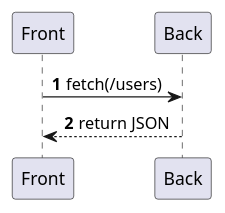
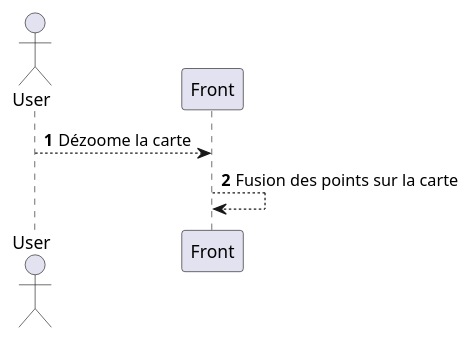
Before and after one commit to raphaelmeissonnier/Foundem_back_end: the diagram in cahier_des_specifications/diagramme_sequence.puml, drawn with PlantUML. The commit also changed 7 other files, not shown here.

```diff
--- a/cahier_des_specifications/diagramme_sequence.puml
+++ b/cahier_des_specifications/diagramme_sequence.puml
@@ -1,10 +1,11 @@
 @startuml
 'https://plantuml.com/sequence-diagram
 
 autonumber
 
-Front -> Back: fetch(/users)
-Back --> Front: return JSON
+actor User
+User --> Front : Dézoome la carte
+Front --> Front : Fusion des points sur la carte
 
 
 @enduml
```
